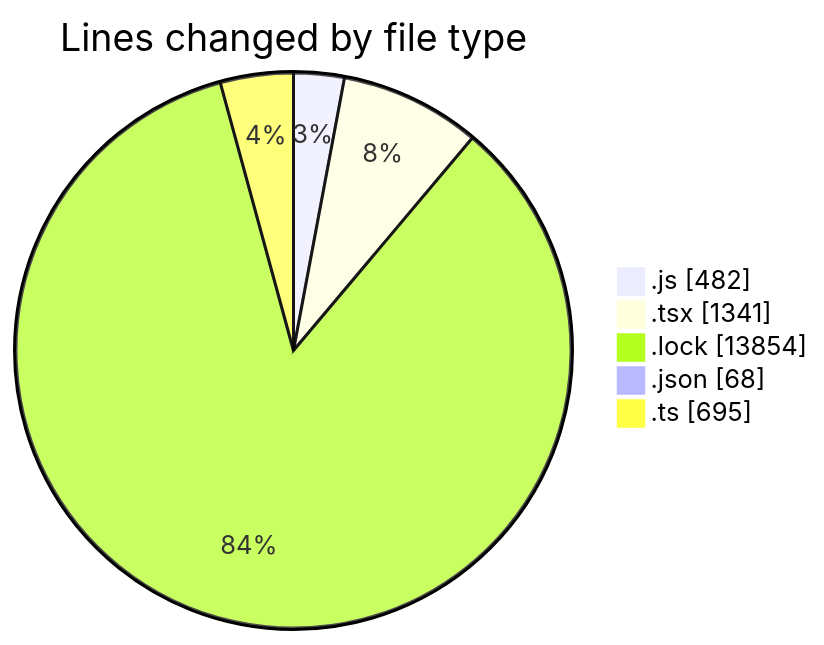
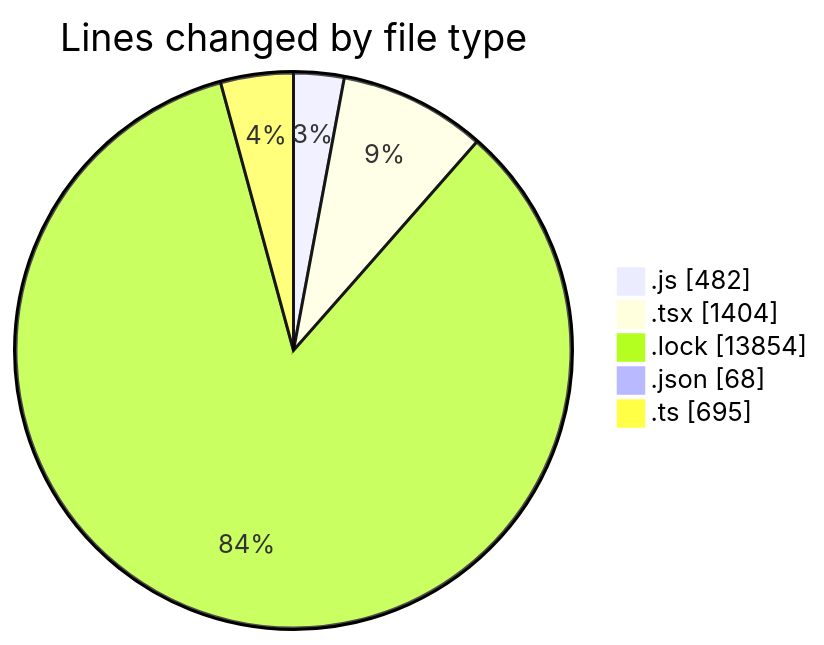
The first of 2 diagrams in 2026-06-16/cda/README.md (momahboobian/code-tracking), drawn with Mermaid before and after one commit. The commit also changed other lines of this file and 1 other file, not shown here.

````diff
--- a/2026-06-16/cda/README.md
+++ b/2026-06-16/cda/README.md
@@ -33,9 +34,9 @@
 ```mermaid
 pie showData
 title Lines changed by file type
 ".js" : 482
-".tsx" : 1341
+".tsx" : 1404
 ".lock" : 13854
 ".json" : 68
 ".ts" : 695
 ```
````
